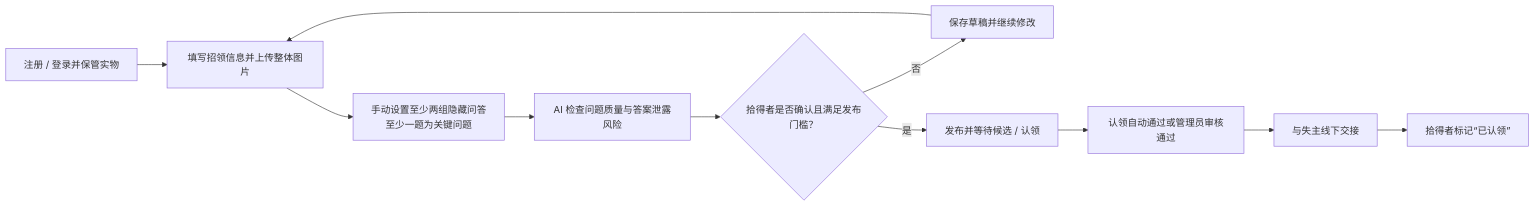
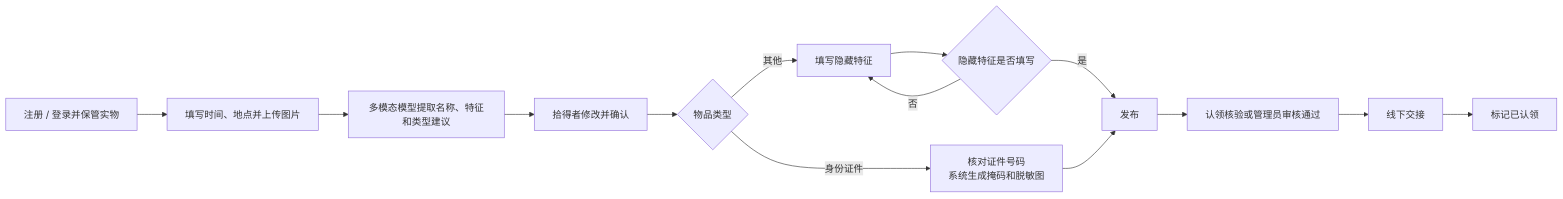
Before and after one commit to xushengyu1/day56-submission: the fourth of 5 diagrams in prd.md, drawn with Mermaid. The commit also changed other lines of this file and 25 other files, not shown here.

````diff
--- a/prd.md
+++ b/prd.md
@@ -447,13 +456,16 @@
 ```mermaid
 flowchart LR
-    F1["注册 / 登录并保管实物"] --> F2["填写招领信息并上传整体图片"]
-    F2 --> F3["手动设置至少两组隐藏问答<br/>至少一题为关键问题"]
-    F3 --> F4["AI 检查问题质量与答案泄露风险"]
-    F4 --> F5{"拾得者是否确认且满足发布门槛？"}
-    F5 -- "否" --> F6["保存草稿并继续修改"]
-    F6 --> F2
-    F5 -- "是" --> F7["发布并等待候选 / 认领"]
-    F7 --> F8["认领自动通过或管理员审核通过"]
-    F8 --> F9["与失主线下交接"]
-    F9 --> F10["拾得者标记“已认领”"]
+    F1["注册 / 登录并保管实物"] --> F2["填写时间、地点并上传图片"]
+    F2 --> F3["多模态模型提取名称、特征和类型建议"]
+    F3 --> F4["拾得者修改并确认"]
+    F4 --> F5{"物品类型"}
+    F5 -- "身份证件" --> F6["核对证件号码<br/>系统生成掩码和脱敏图"]
+    F5 -- "其他" --> F7["填写隐藏特征"]
+    F7 --> F8{"隐藏特征是否填写"}
+    F8 -- "否" --> F7
+    F8 -- "是" --> F9["发布"]
+    F6 --> F9
+    F9 --> F10["认领核验或管理员审核通过"]
+    F10 --> F11["线下交接"]
+    F11 --> F12["标记已认领"]
 ```
````
